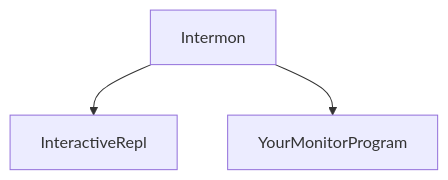
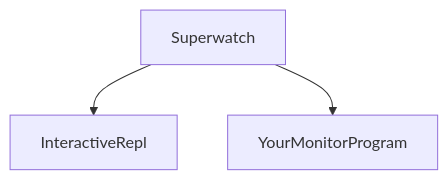
The diagram in README.md (andyl/intermon), drawn with Mermaid before and after one commit. The commit also changed other lines of this file and 4 other files, not shown here.

Commit message:
Rename Intermon to Superwatch

````diff
--- a/README.md
+++ b/README.md
@@ -47,5 +47,5 @@
 ```mermaid
 graph TD;
-    Intermon-->InteractiveRepl;
-    Intermon-->YourMonitorProgram;
+    Superwatch-->InteractiveRepl;
+    Superwatch-->YourMonitorProgram;
 ```
````
